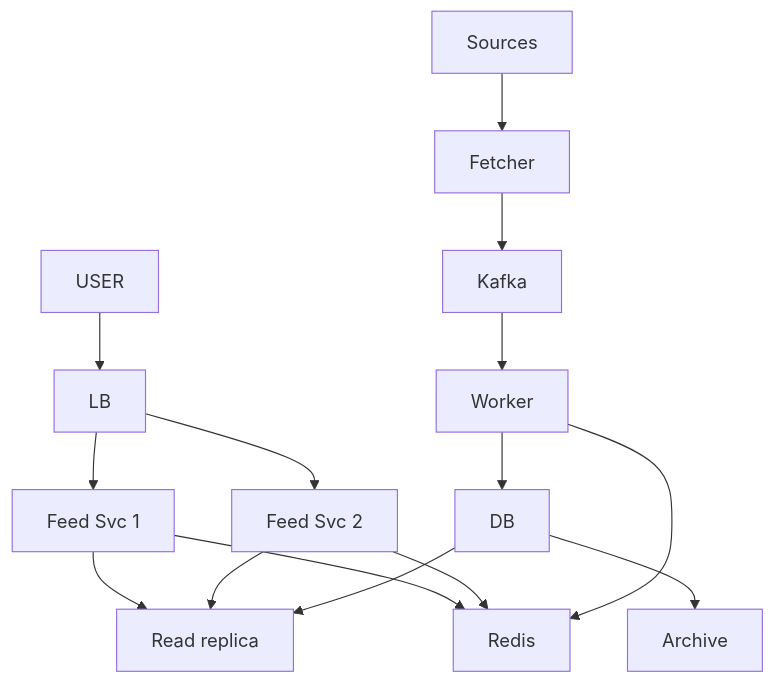
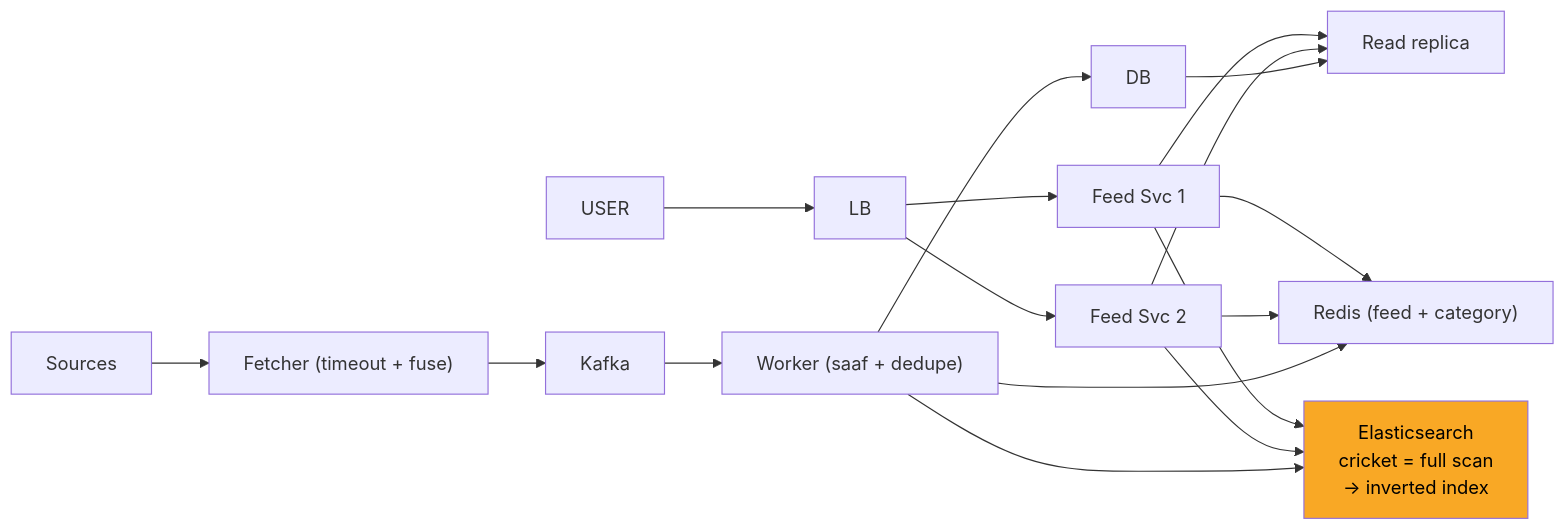
The eighth of 11 diagrams in 04_HLD/SYSTEM_DESIGNS/08_news_aggregator/08_news_aggregator_INTERVIEW.md (ArpanMaheshwari144/Prep), drawn with Mermaid before and after one commit. The commit also changed other lines of this file and 2 other files, not shown here.

Commit message:
news, bookmyshow, cache: one-day story, short cards, follow-ups with rules, highlighted diagrams

````diff
--- a/04_HLD/SYSTEM_DESIGNS/08_news_aggregator/08_news_aggregator_INTERVIEW.md
+++ b/04_HLD/SYSTEM_DESIGNS/08_news_aggregator/08_news_aggregator_INTERVIEW.md
@@ -336,29 +326,32 @@
 ```mermaid
-flowchart TD
+flowchart LR
     n_USER["USER"]
     n_LB["LB"]
     n_Feed_Svc_x_N_1["Feed Svc 1"]
     n_Feed_Svc_x_N_2["Feed Svc 2"]
-    n_Redis["Redis"]
+    n_Elasticsearch["Elasticsearch<br/>cricket = full scan<br/>-> inverted index"]
+    n_Redis["Redis (feed + category)"]
     n_Read_replica["Read replica"]
     n_DB["DB"]
-    n_Archive["Archive"]
-    n_Worker["Worker"]
+    n_Worker["Worker (saaf + dedupe)"]
     n_Kafka["Kafka"]
-    n_Fetcher["Fetcher"]
+    n_Fetcher["Fetcher (timeout + fuse)"]
     n_Sources["Sources"]
     n_USER --> n_LB
     n_LB --> n_Feed_Svc_x_N_1
     n_LB --> n_Feed_Svc_x_N_2
+    n_Feed_Svc_x_N_1 --> n_Elasticsearch
+    n_Feed_Svc_x_N_2 --> n_Elasticsearch
     n_Feed_Svc_x_N_1 --> n_Redis
     n_Feed_Svc_x_N_2 --> n_Redis
     n_Feed_Svc_x_N_1 --> n_Read_replica
     n_Feed_Svc_x_N_2 --> n_Read_replica
     n_DB --> n_Read_replica
-    n_DB --> n_Archive
     n_Worker --> n_DB
     n_Worker --> n_Redis
+    n_Worker --> n_Elasticsearch
     n_Kafka --> n_Worker
     n_Fetcher --> n_Kafka
     n_Sources --> n_Fetcher
+    style n_Elasticsearch fill:#f9a825,color:#000
 ```
````
